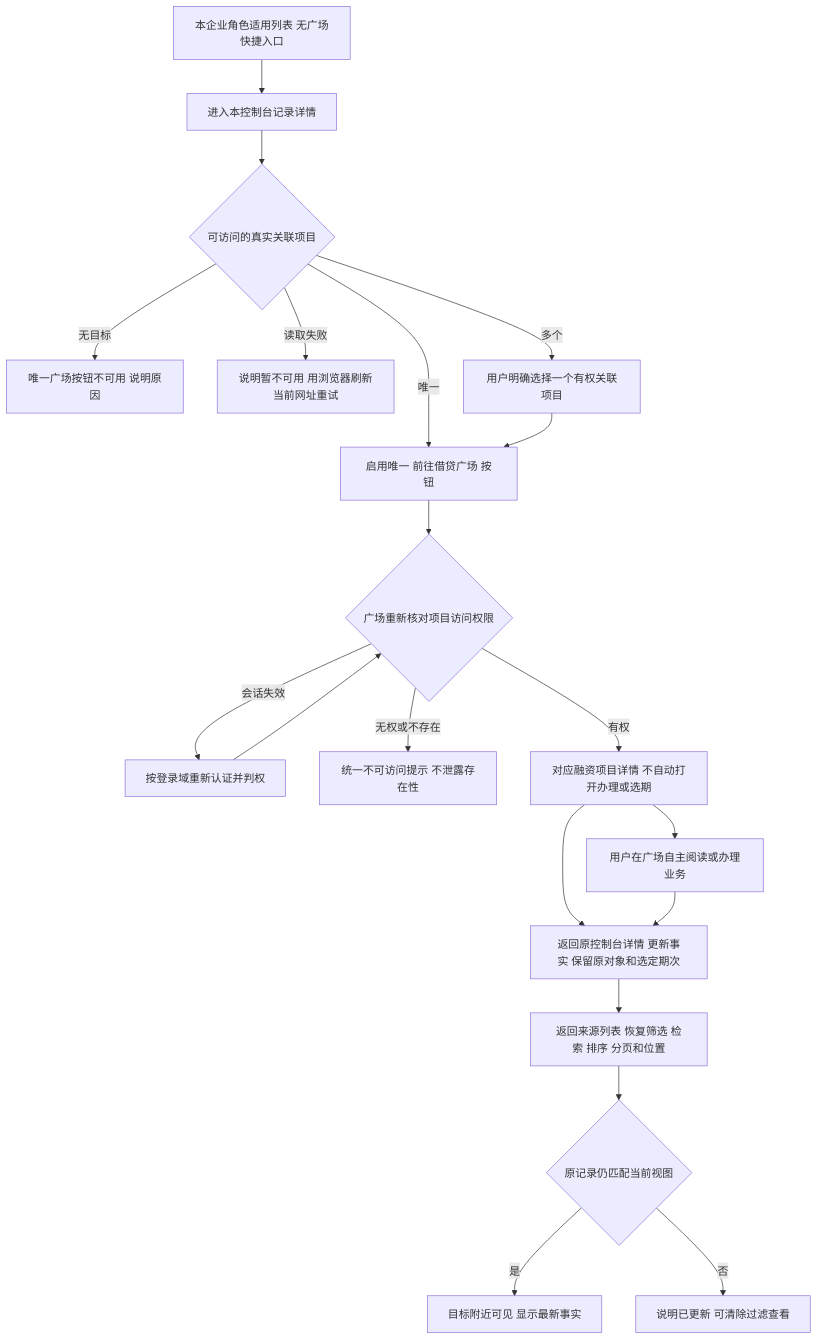
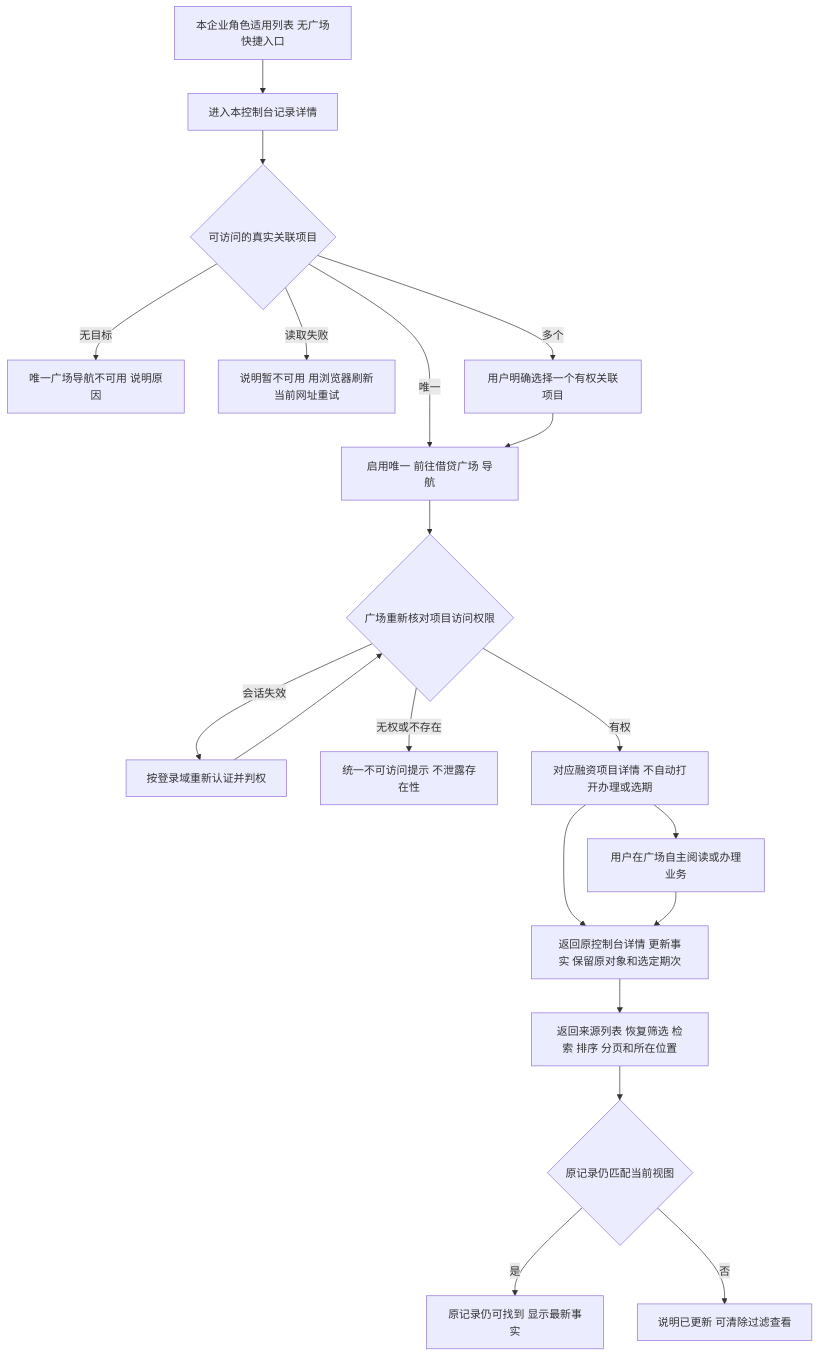
The second of 11 diagrams in lending-platform/PRD/v1.0-我的控制台/02-我的控制台-流程图与状态机.md (wxblockchain/Chain-Financing), drawn with Mermaid before and after one commit. The commit also changed other lines of this file and 4 other files, not shown here.

````diff
--- a/lending-platform/PRD/v1.0-我的控制台/02-我的控制台-流程图与状态机.md
+++ b/lending-platform/PRD/v1.0-我的控制台/02-我的控制台-流程图与状态机.md
@@ -55,22 +55,22 @@
 ```mermaid
 flowchart TD
   A[本企业角色适用列表 无广场快捷入口] --> B[进入本控制台记录详情]
   B --> C{可访问的真实关联项目}
-  C -- 无目标 --> D[唯一广场按钮不可用 说明原因]
+  C -- 无目标 --> D[唯一广场导航不可用 说明原因]
   C -- 读取失败 --> E[说明暂不可用 用浏览器刷新当前网址重试]
   C -- 多个 --> F[用户明确选择一个有权关联项目]
-  C -- 唯一 --> G[启用唯一 前往借贷广场 按钮]
+  C -- 唯一 --> G[启用唯一 前往借贷广场 导航]
   F --> G
   G --> H{广场重新核对项目访问权限}
   H -- 会话失效 --> I[按登录域重新认证并判权]
   I --> H
   H -- 无权或不存在 --> J[统一不可访问提示 不泄露存在性]
   H -- 有权 --> K[对应融资项目详情 不自动打开办理或选期]
   K --> L[用户在广场自主阅读或办理业务]
   K --> M[返回原控制台详情 更新事实 保留原对象和选定期次]
   L --> M
-  M --> N[返回来源列表 恢复筛选 检索 排序 分页和位置]
+  M --> N[返回来源列表 恢复筛选 检索 排序 分页和所在位置]
   N --> O{原记录仍匹配当前视图}
-  O -- 是 --> P[目标附近可见 显示最新事实]
+  O -- 是 --> P[原记录仍可找到 显示最新事实]
   O -- 否 --> Q[说明已更新 可清除过滤查看]
 ```
````
